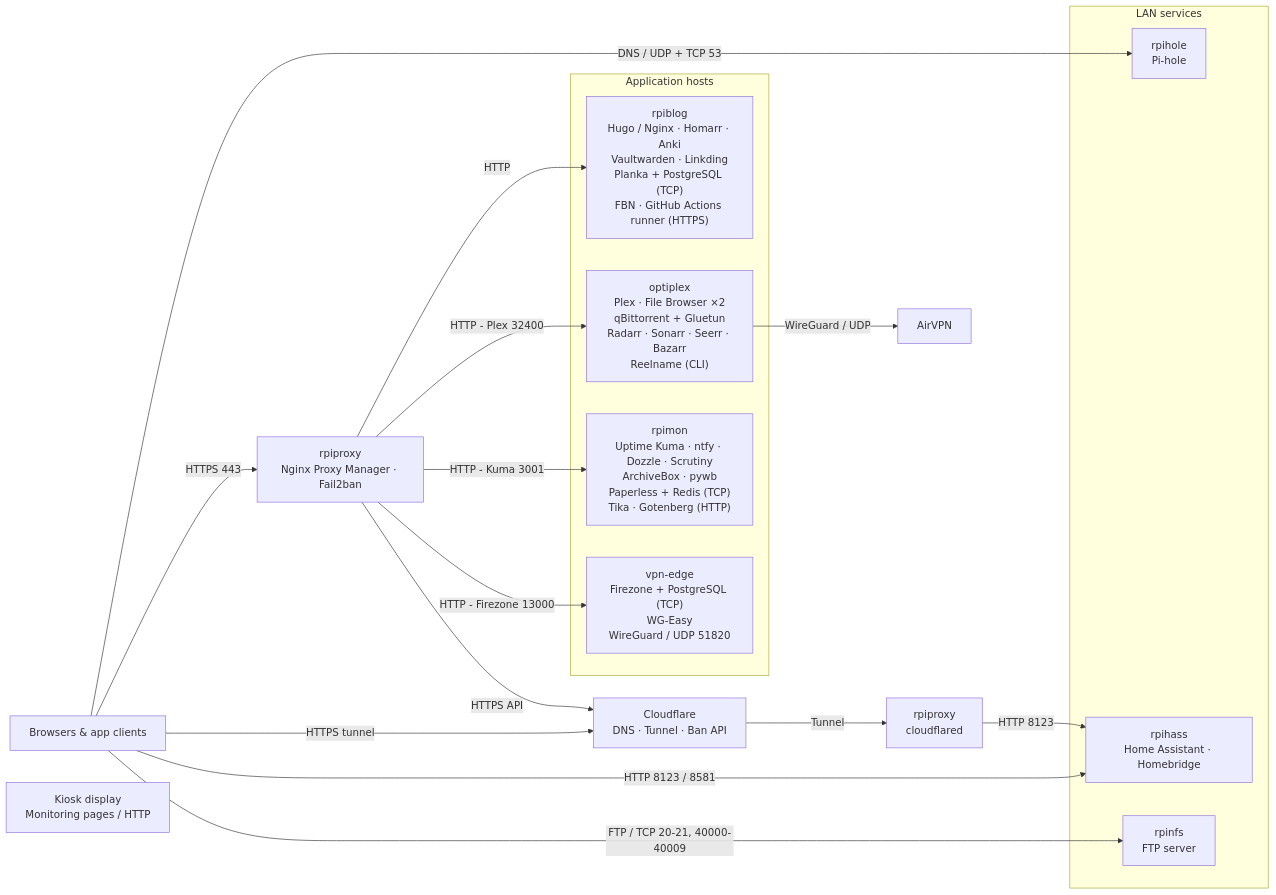
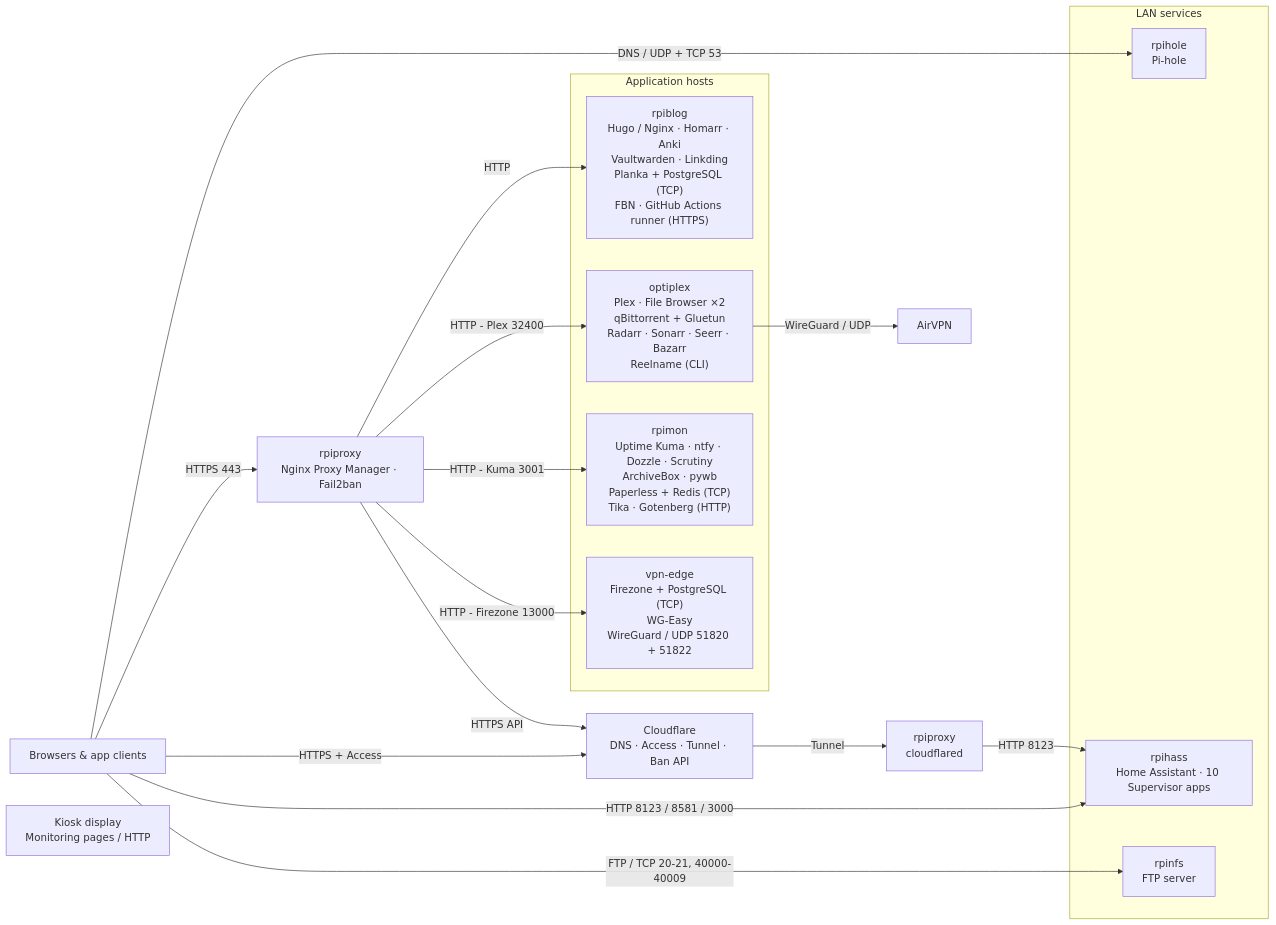
The diagram in README.md (viseshrp/homelab), drawn with Mermaid before and after one commit. The commit also changed other lines of this file and 6 other files, not shown here.

````diff
--- a/README.md
+++ b/README.md
@@ -9,37 +9,37 @@
 ```mermaid
 flowchart LR
     clients["Browsers & app clients"]
     proxy["rpiproxy<br/>Nginx Proxy Manager · Fail2ban"]
 
     subgraph hosts["Application hosts"]
         web["rpiblog<br/>Hugo / Nginx · Homarr · Anki<br/>Vaultwarden · Linkding<br/>Planka + PostgreSQL (TCP)<br/>FBN · GitHub Actions runner (HTTPS)"]
         media["optiplex<br/>Plex · File Browser ×2<br/>qBittorrent + Gluetun<br/>Radarr · Sonarr · Seerr · Bazarr<br/>Reelname (CLI)"]
         monitor["rpimon<br/>Uptime Kuma · ntfy · Dozzle · Scrutiny<br/>ArchiveBox · pywb<br/>Paperless + Redis (TCP)<br/>Tika · Gotenberg (HTTP)"]
-        vpn["vpn-edge<br/>Firezone + PostgreSQL (TCP)<br/>WG-Easy<br/>WireGuard / UDP 51820"]
+        vpn["vpn-edge<br/>Firezone + PostgreSQL (TCP)<br/>WG-Easy<br/>WireGuard / UDP 51820 + 51822"]
     end
 
     subgraph lan["LAN services"]
         dns["rpihole<br/>Pi-hole"]
-        home["rpihass<br/>Home Assistant · Homebridge"]
+        home["rpihass<br/>Home Assistant · 10 Supervisor apps"]
         ftp["rpinfs<br/>FTP server"]
     end
 
-    cloudflare["Cloudflare<br/>DNS · Tunnel · Ban API"]
+    cloudflare["Cloudflare<br/>DNS · Access · Tunnel · Ban API"]
     tunnel["rpiproxy<br/>cloudflared"]
     airvpn["AirVPN"]
     tools["Kiosk display<br/>Monitoring pages / HTTP"]
 
     clients -->|"HTTPS 443"| proxy
     proxy -->|"HTTP"| web
     proxy -->|"HTTP - Plex 32400"| media
     proxy -->|"HTTP - Kuma 3001"| monitor
     proxy -->|"HTTP - Firezone 13000"| vpn
     proxy -->|"HTTPS API"| cloudflare
-    clients -->|"HTTPS tunnel"| cloudflare
+    clients -->|"HTTPS + Access"| cloudflare
     cloudflare -->|"Tunnel"| tunnel
     tunnel -->|"HTTP 8123"| home
     media -->|"WireGuard / UDP"| airvpn
     clients -->|"DNS / UDP + TCP 53"| dns
-    clients -->|"HTTP 8123 / 8581"| home
+    clients -->|"HTTP 8123 / 8581 / 3000"| home
     clients -->|"FTP / TCP 20-21, 40000-40009"| ftp
 ```
````
